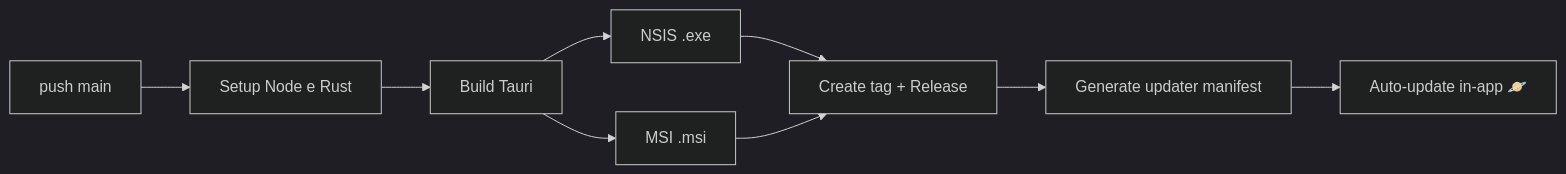
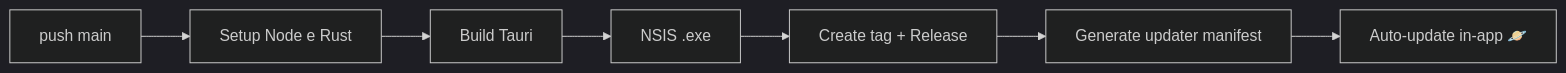
One commit to kauafpssx/AstroLauncher changed the second of 2 diagrams in README.md. Above: the diagram before and after it, drawn with Mermaid (dark theme). The commit also changed other lines of this file and 134 other files, not shown here.

````diff
--- a/README.md
+++ b/README.md
@@ -246,11 +246,9 @@
 ```mermaid
 graph LR
     A[push main] --> B[Setup Node e Rust]
     B --> C[Build Tauri]
     C --> D[NSIS .exe]
-    C --> E[MSI .msi]
     D --> F[Create tag + Release]
-    E --> F
     F --> G[Generate updater manifest]
     G --> H[Auto-update in-app 🪐]
 ```
````
